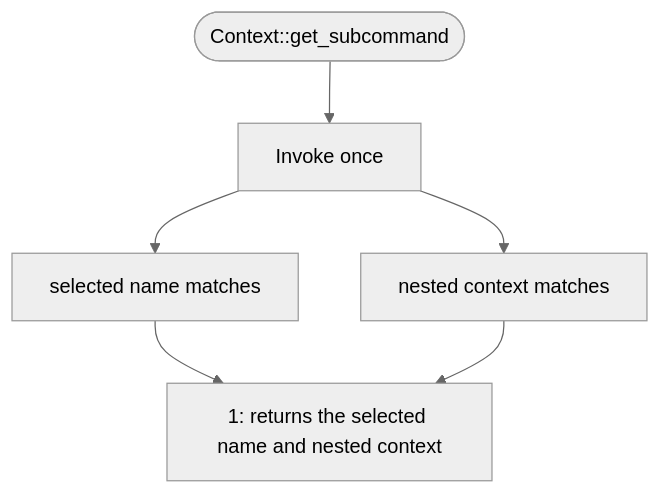
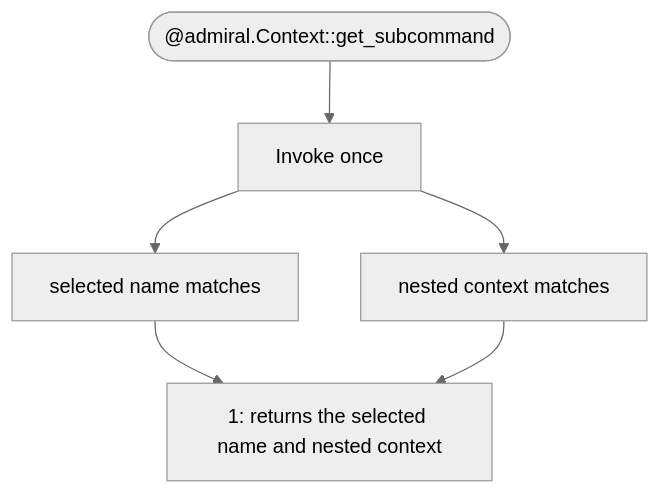
The fourth of 4 diagrams in src/context.mbt.md (totto2727-org/admiral), drawn with Mermaid (neutral theme) before and after one commit. The commit also changed other lines of this file and 28 other files, not shown here.

````diff
--- a/src/context.mbt.md
+++ b/src/context.mbt.md
@@ -342,8 +355,8 @@
 ```mermaid
 flowchart TD
-  Start(["Context::get_subcommand"]) --> Invoke["Invoke once"]
+  Start(["@admiral.Context::get_subcommand"]) --> Invoke["Invoke once"]
   Invoke --> Name["selected name matches"]
   Invoke --> Nested["nested context matches"]
   Name --> Case1["1: returns the selected name and nested context"]
   Nested --> Case1
 ```
````
